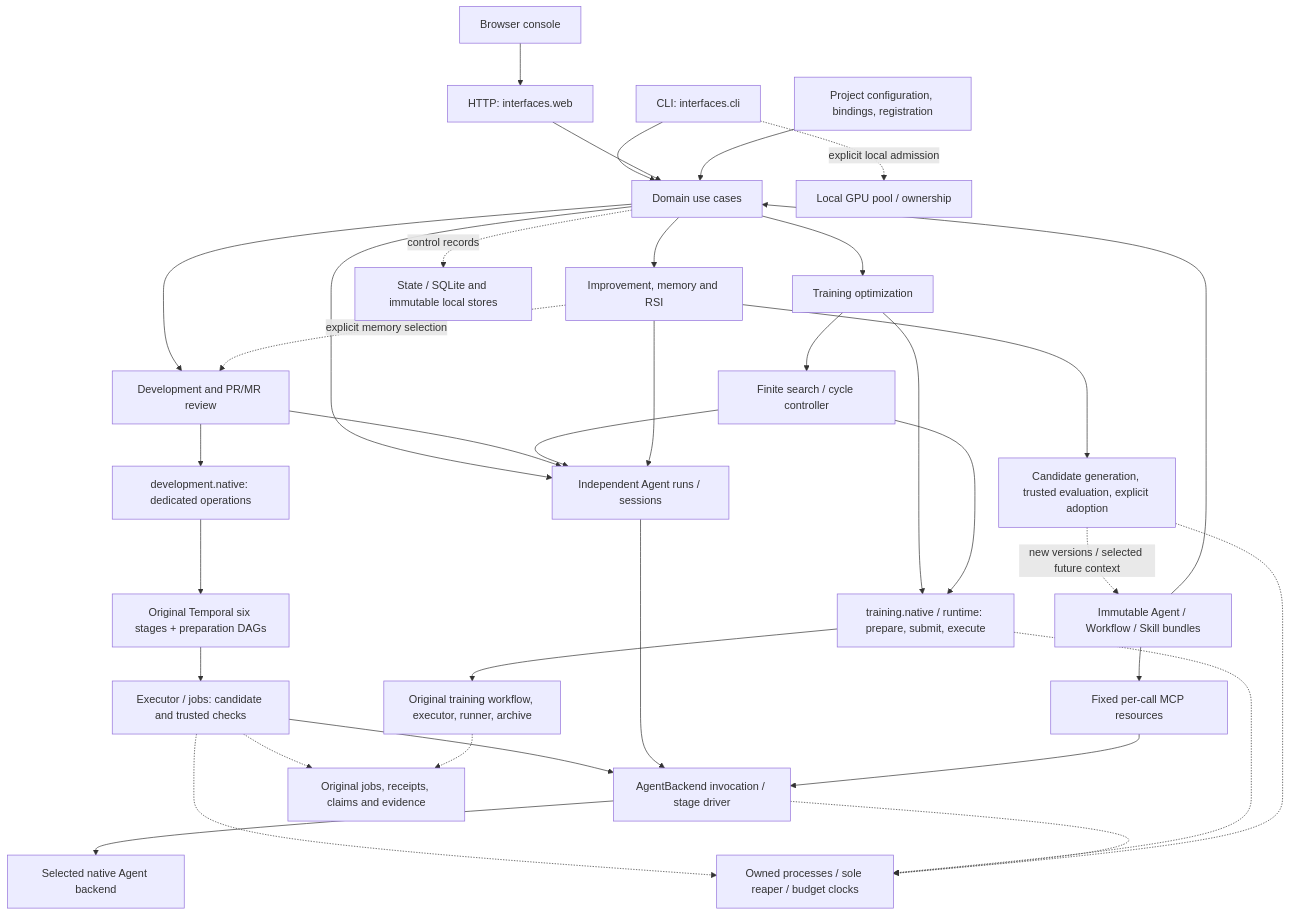
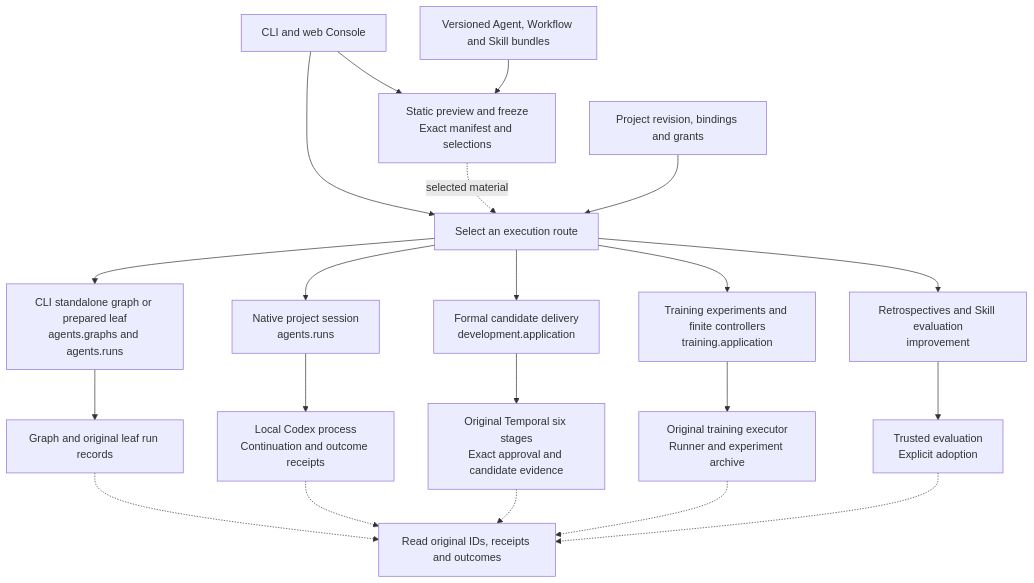
Before and after one commit to 626619403/Ergora: the diagram in docs/architecture/framework-tour.md, drawn with Mermaid. The commit also changed other lines of this file and 3 other files, not shown here.

Commit message:
Refresh the workflow and execution architecture tour

````diff
--- a/docs/architecture/framework-tour.md
+++ b/docs/architecture/framework-tour.md
@@ -13,43 +13,26 @@
 ```mermaid
 flowchart TB
-  Browser["Browser console"] --> HTTP["HTTP: interfaces.web"]
-  CLI["CLI: interfaces.cli"] --> Domains
-  HTTP --> Domains["Domain use cases"]
-  Config["Project configuration, bindings, registration"] --> Domains
-  Assets["Immutable Agent / Workflow / Skill bundles"] --> Domains
+  Entry["CLI and web Console"] --> Select["Select an execution route"]
+  Entry --> Freeze["Static preview and freeze<br/>Exact manifest and selections"]
+  Assets["Versioned Agent, Workflow and Skill bundles"] --> Freeze
+  Freeze -. "selected material" .-> Select
+  Config["Project revision, bindings and grants"] --> Select
 
-  Domains --> Dev["Development and PR/MR review"]
-  Domains --> Train["Training optimization"]
-  Domains --> Improve["Improvement, memory and RSI"]
-  Domains --> Calls["Independent Agent runs / sessions"]
+  Select --> Graph["CLI standalone graph or prepared leaf<br/>agents.graphs and agents.runs"]
+  Select --> Session["Native project session<br/>agents.runs"]
+  Select --> Dev["Formal candidate delivery<br/>development.application"]
+  Select --> Train["Training experiments and finite controllers<br/>training.application"]
+  Select --> Improve["Retrospectives and Skill evaluation<br/>improvement"]
 
-  Dev --> NativeDev["development.native: dedicated operations"]
-  NativeDev --> Six["Original Temporal six stages + preparation DAGs"]
-  Six --> Executor["Executor / jobs: candidate and trusted checks"]
-  Executor --> Invoke["AgentBackend invocation / stage driver"]
-  Dev --> Calls
-  Calls --> Invoke
-  Assets --> MCP["Fixed per-call MCP resources"]
-  MCP --> Invoke
-  Invoke --> Backends["Selected native Agent backend"]
+  Graph --> Leaf["Graph and original leaf run records"]
+  Session --> Turn["Local Codex process<br/>Continuation and outcome receipts"]
+  Dev --> Six["Original Temporal six stages<br/>Exact approval and candidate evidence"]
+  Train --> Runner["Original training executor<br/>Runner and experiment archive"]
+  Improve --> Eval["Trusted evaluation<br/>Explicit adoption"]
 
-  Train --> NativeTrain["training.native / runtime: prepare, submit, execute"]
-  NativeTrain --> OriginalTrain["Original training workflow, executor, runner, archive"]
-  Train --> Controllers["Finite search / cycle controller"]
-  Controllers --> NativeTrain
-  Controllers --> Calls
-
-  Improve --> Eval["Candidate generation, trusted evaluation, explicit adoption"]
-  Improve --> Calls
-  Eval -. "new versions / selected future context" .-> Assets
-  Improve -. "explicit memory selection" .-> Dev
-
-  Domains -. "control records" .-> State["State / SQLite and immutable local stores"]
-  Executor -.-> Evidence["Original jobs, receipts, claims and evidence"]
-  OriginalTrain -.-> Evidence
-  Executor -.-> Resources["Owned processes / sole reaper / budget clocks"]
-  NativeTrain -.-> Resources
-  Invoke -.-> Resources
-  Eval -.-> Resources
-  CLI -. "explicit local admission" .-> GPU["Local GPU pool / ownership"]
+  Leaf -.-> Recover["Read original IDs, receipts and outcomes"]
+  Turn -.-> Recover
+  Six -.-> Recover
+  Runner -.-> Recover
+  Eval -.-> Recover
 ```
````
